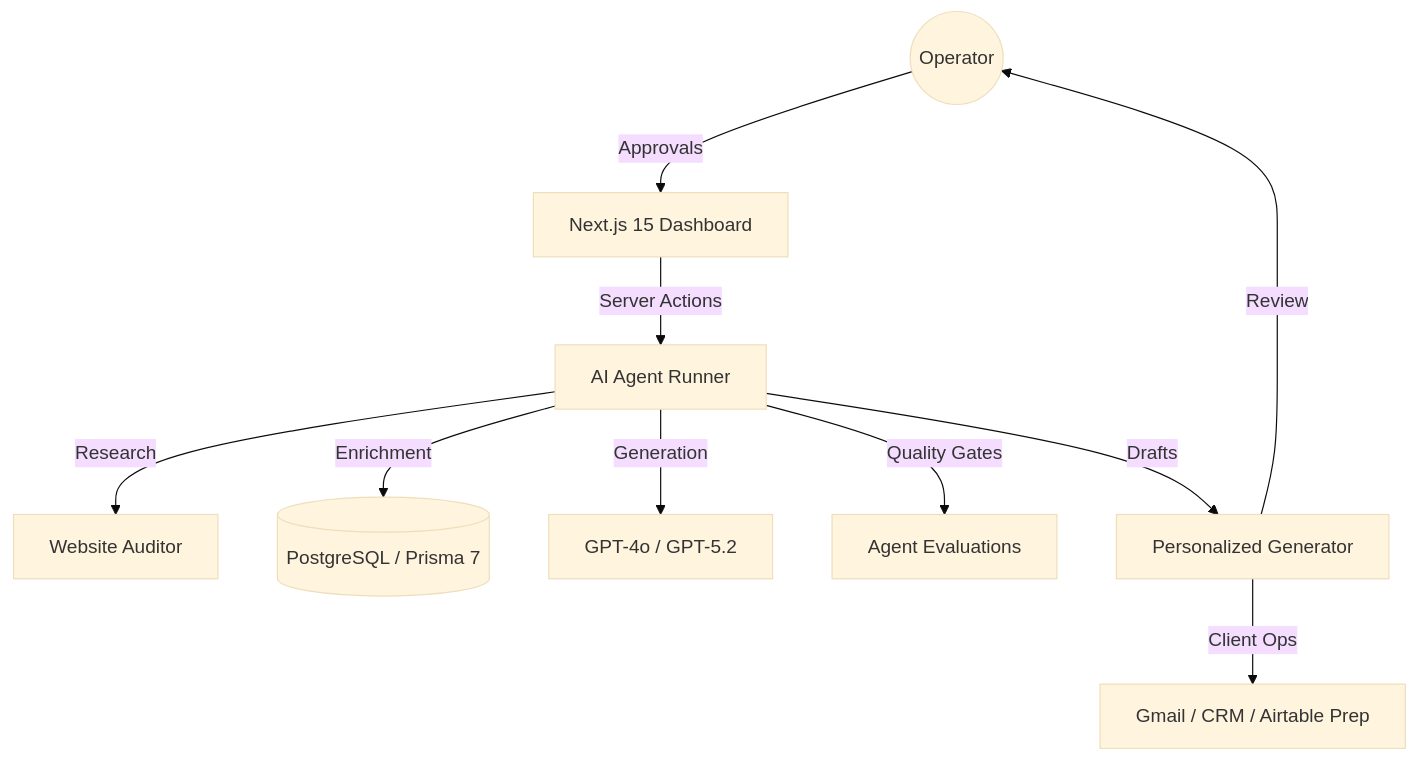
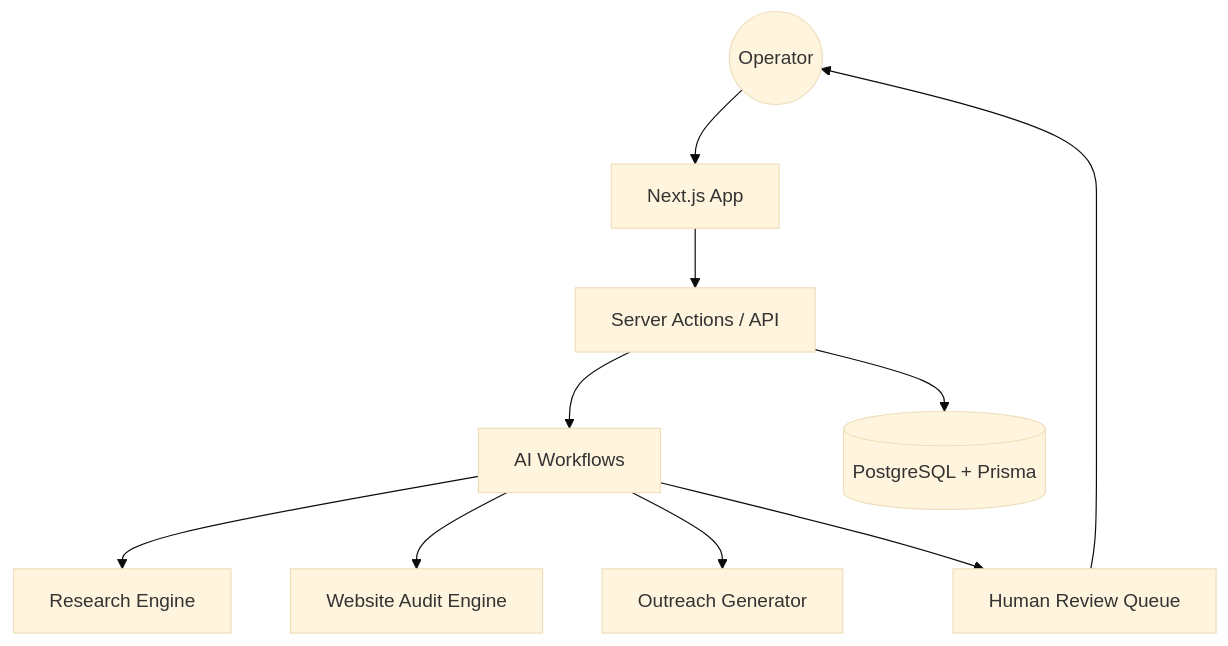
One commit to karandangi123/leadforge-ai changed the diagram in README.md. Above: the diagram before and after it, drawn with Mermaid (base theme). The commit also changed other lines of this file, not shown here.

````diff
--- a/README.md
+++ b/README.md
@@ -56,12 +104,12 @@
 ```mermaid
 graph TD
-    User((Operator)) -->|Approvals| Dashboard[Next.js 15 Dashboard]
-    Dashboard -->|Server Actions| AgentRunner[AI Agent Runner]
-    AgentRunner -->|Research| WebScraper[Website Auditor]
-    AgentRunner -->|Enrichment| DB[(PostgreSQL / Prisma 7)]
-    AgentRunner -->|Generation| OpenAI[GPT-4o / GPT-5.2]
-    AgentRunner -->|Quality Gates| Evals[Agent Evaluations]
-    AgentRunner -->|Drafts| Outreach[Personalized Generator]
-    Outreach -->|Client Ops| Integrations[Gmail / CRM / Airtable Prep]
-    Outreach -->|Review| User
+    User((Operator)) --> App[Next.js App]
+    App --> Actions[Server Actions / API]
+    Actions --> Agents[AI Workflows]
+    Actions --> DB[(PostgreSQL + Prisma)]
+    Agents --> Research[Research Engine]
+    Agents --> Audit[Website Audit Engine]
+    Agents --> Drafts[Outreach Generator]
+    Agents --> Approvals[Human Review Queue]
+    Approvals --> User
 ```
````
